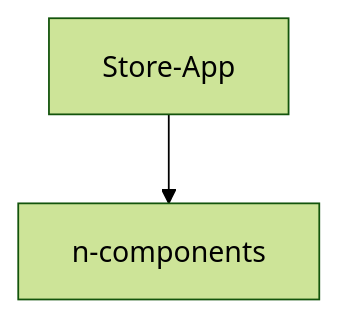
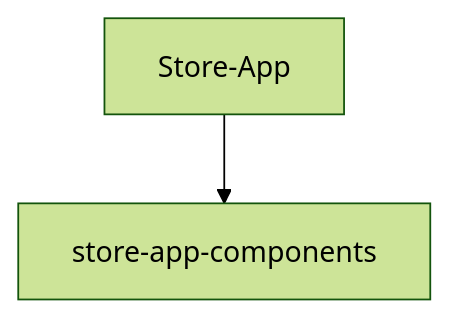
The first of 2 diagrams in tech/architecture/micro-front-end/micro-front-end.md (jakehova/knowledgedump), drawn with Mermaid (forest theme) before and after one commit. The commit also changed other lines of this file, not shown here.

````diff
--- a/tech/architecture/micro-front-end/micro-front-end.md
+++ b/tech/architecture/micro-front-end/micro-front-end.md
@@ -5,4 +5,4 @@
 ```mermaid
     graph TD;
-        Store-App-->n-components;
+        Store-App-->store-app-components;
 ```
````
